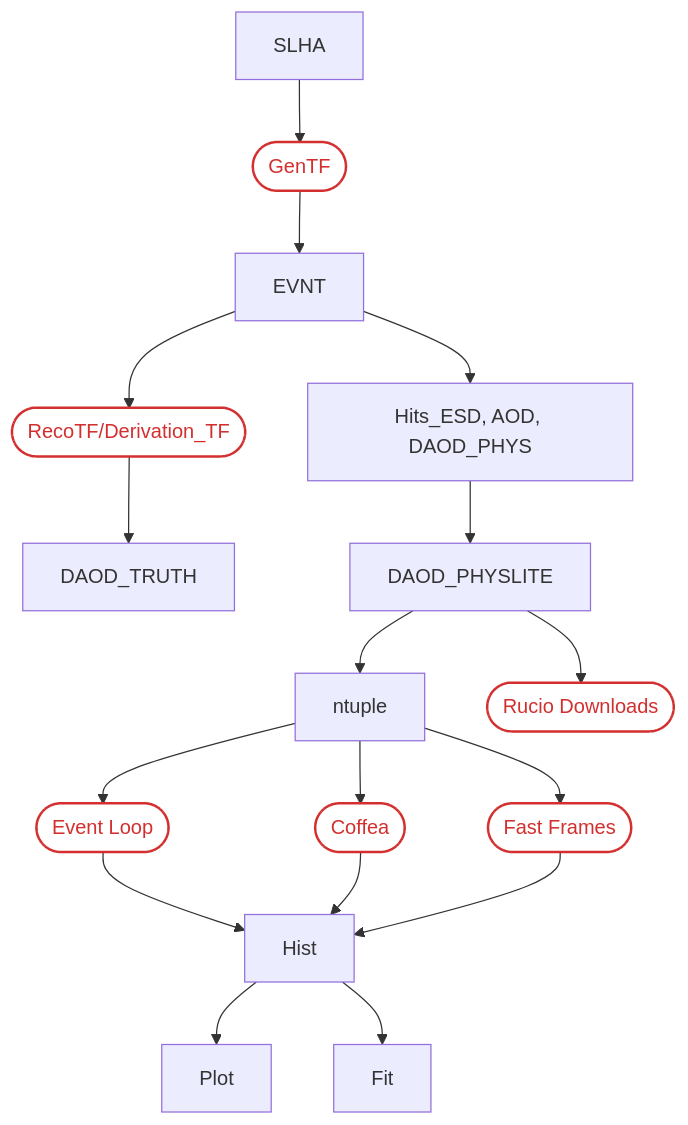
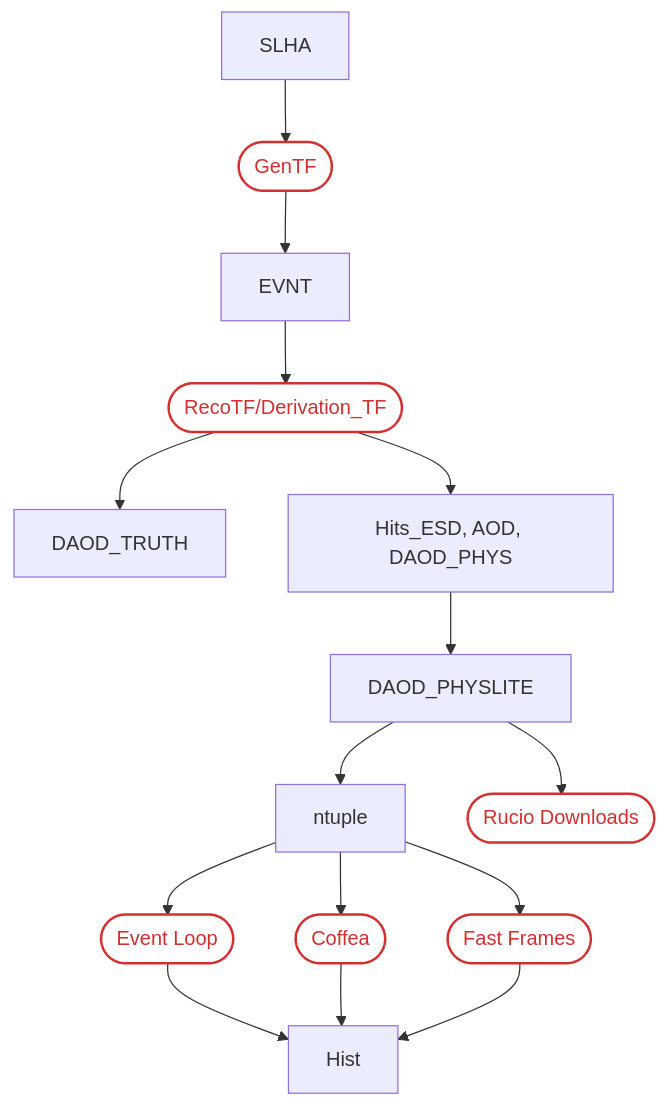
Before and after one commit to usatlas/af-benchmarking: the diagram in docs/workflows/flowchart.md, drawn with Mermaid. The commit also changed 1 other file, not shown here.

Commit message:
fix: correct data-flow edges and broken links in docs flowchart (#79)
* fix: route reconstructed formats from Reco_tf/Derivation_tf in flowchart

The Hits_ESD/AOD/DAOD_PHYS box was sourced from EVNT, implying EVNT
files become reconstructed/derived formats directly. In reality
Reco_tf/Derivation_tf produces them, the same node that already feeds
DAOD_TRUTH. Also drops the Plot and Fit boxes, which are not
benchmarked job types and are not produced by any script in this repo.

* fix: correct broken repo paths in flowchart and index links

flowchart.md's Event_Loop click target pointed at a nonexistent
`event_loop` root directory; it now lives under `NTuple_Hist/`. The
other five click URLs and index.md's EVNT script link used the correct
paths but the pre-rename `AF-Benchmarking` casing, which only worked
via GitHub's redirect.

* fix: point Rucio_Downloads flowchart link at the Rucio directory

Was linking to a single script inside Rucio/; point at the directory
instead, matching the tree-link style already used for GenTF and
RecoTF/Derivation_TF.

---------

````diff
--- a/docs/workflows/flowchart.md
+++ b/docs/workflows/flowchart.md
@@ -6,42 +6,39 @@
 ```mermaid
 flowchart TD
     SLHA --> GenTF
     GenTF --> EVNT
     EVNT --> RecoTF/Derivation_TF
     RecoTF/Derivation_TF --> DAOD_TRUTH
     Event_Loop --> Hist
 
-    EVNT--> bash["Hits_ESD, AOD, DAOD_PHYS"]
+    RecoTF/Derivation_TF --> bash["Hits_ESD, AOD, DAOD_PHYS"]
     bash["Hits_ESD, AOD, DAOD_PHYS"] --> DAOD_PHYSLITE
 
     ntuple --> Coffea
     Coffea --> Hist
 
     ntuple --> Fast_Frames
     Fast_Frames --> Hist
 
     ntuple --> Event_Loop
     DAOD_PHYSLITE --> ntuple
     DAOD_PHYSLITE --> Rucio_Downloads
 
-    Hist --> Plot
-    Hist --> Fit
-
-    click Event_Loop "https://github.com/usatlas/AF-Benchmarking/tree/main/event_loop" "Event Loop documentation"
-    click Coffea "https://github.com/usatlas/AF-Benchmarking/tree/main/NTuple_Hist/coffea" "Coffea documentation"
-    click Fast_Frames "https://github.com/usatlas/AF-Benchmarking/tree/main/NTuple_Hist/fastframes" "Fast Frames documentation"
-    click Rucio_Downloads "https://github.com/usatlas/AF-Benchmarking/blob/main/Rucio/rucio_script.sh" "'Rucio Downloads' Script"
-    click GenTF "https://github.com/usatlas/AF-Benchmarking/tree/main/EVNT" "EVNT Job Scripts"
-    click RecoTF/Derivation_TF "https://github.com/usatlas/AF-Benchmarking/tree/main/TRUTH3" "TRUTH3 Job Scripts"
+    click Event_Loop "https://github.com/usatlas/af-benchmarking/tree/main/NTuple_Hist/event_loop" "Event Loop documentation"
+    click Coffea "https://github.com/usatlas/af-benchmarking/tree/main/NTuple_Hist/coffea" "Coffea documentation"
+    click Fast_Frames "https://github.com/usatlas/af-benchmarking/tree/main/NTuple_Hist/fastframes" "Fast Frames documentation"
+    click Rucio_Downloads "https://github.com/usatlas/af-benchmarking/tree/main/Rucio" "Rucio Downloads Job Scripts"
+    click GenTF "https://github.com/usatlas/af-benchmarking/tree/main/EVNT" "EVNT Job Scripts"
+    click RecoTF/Derivation_TF "https://github.com/usatlas/af-benchmarking/tree/main/TRUTH3" "TRUTH3 Job Scripts"
 
     Event_Loop(["Event Loop"])
     Coffea(["Coffea"])
     Fast_Frames(["Fast Frames"])
     Rucio_Downloads(["Rucio Downloads"])
     GenTF(["GenTF"])
     RecoTF/Derivation_TF(["RecoTF/Derivation_TF"])
 
     classDef method fill:transparent,stroke:#d32f2f,stroke-width:2px,color:#d32f2f;
     class Event_Loop,Coffea,Fast_Frames,Rucio_Downloads,GenTF,RecoTF/Derivation_TF method;
 
 ```
````
